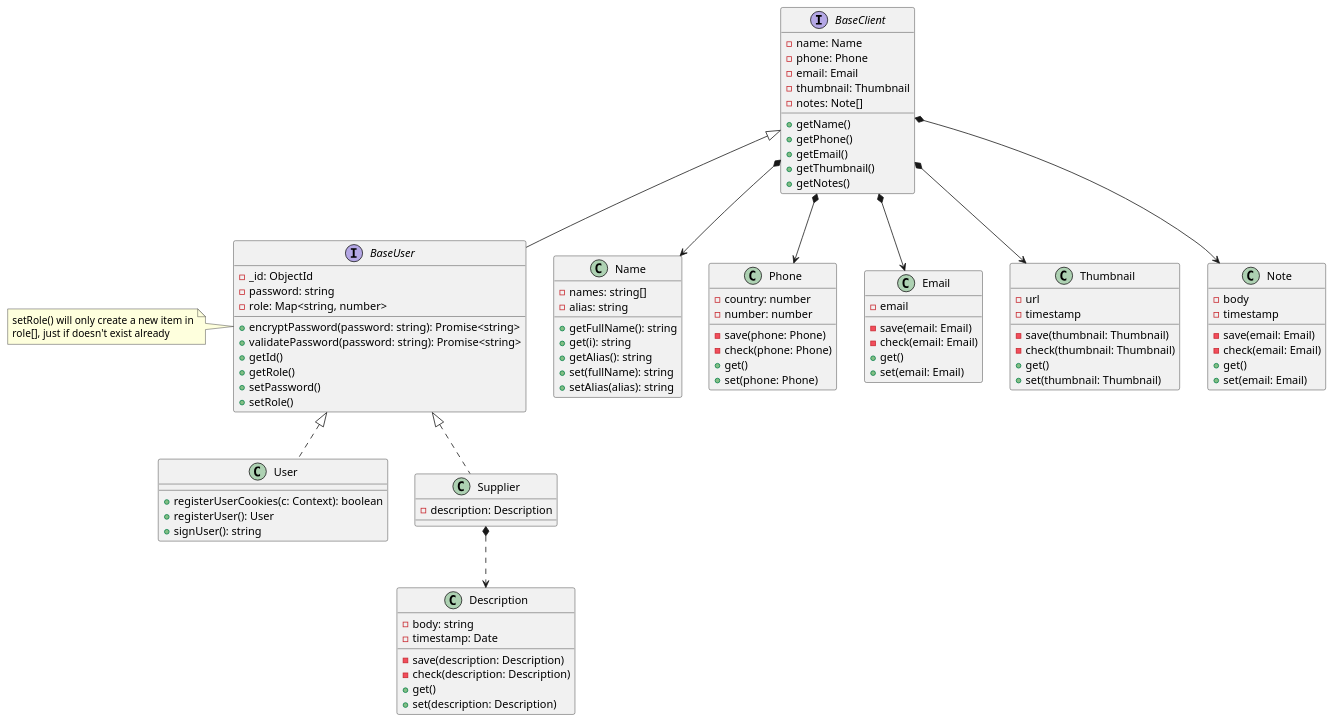
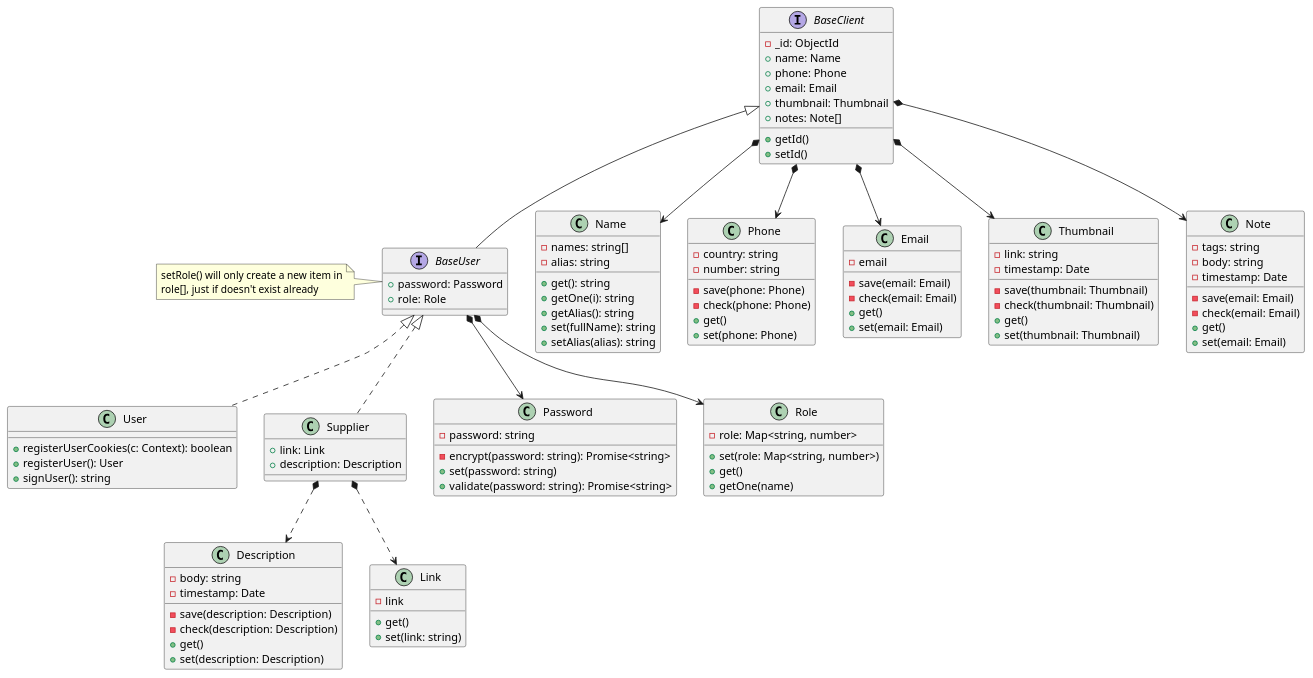
The diagram in back/uml/User.puml (Chiqui1234ok/lions-app), drawn with PlantUML before and after one commit.

Commit message:
maybe not final version, but Release Candidate? Sure ❤️

```diff
--- a/back/uml/User.puml
+++ b/back/uml/User.puml
@@ -1,109 +1,124 @@
 @startuml
 
 interface BaseClient {
-    - name: Name
-    - phone: Phone
-    - email: Email
-    - thumbnail: Thumbnail
-    - notes: Note[]
-    + getName()
-    + getPhone()
-    + getEmail()
-    + getThumbnail()
-    + getNotes()
+    - _id: ObjectId
+    + name: Name
+    + phone: Phone
+    + email: Email
+    + thumbnail: Thumbnail
+    + notes: Note[]
+    + getId()
+    + setId()
 }
 
 interface BaseUser extends BaseClient {
-    - _id: ObjectId
-    - password: string
-    - role: Map<string, number>
-    + encryptPassword(password: string): Promise<string>
-    + validatePassword(password: string): Promise<string>
-    + getId()
-    + getRole()
-    + setPassword()
-    + setRole()
+    + password: Password
+    + role: Role
 }
 
 class User implements BaseUser {
     + registerUserCookies(c: Context): boolean
     + registerUser(): User
     + signUser(): string
 }
 
 class Supplier implements BaseUser {
-    - description: Description
+    + link: Link
+    + description: Description
+}
+
+' :: TINY OBJECTS ::
+
+class Password {
+    - password: string
+    - encrypt(password: string): Promise<string>
+    + set(password: string)
+    + validate(password: string): Promise<string>
+}
+
+class Role {
+    - role: Map<string, number>
+    + set(role: Map<string, number>)
+    + get()
+    + getOne(name)
 }
 
 class Name {
     - names: string[]
     - alias: string
-    + getFullName(): string
-    + get(i): string
+    + get(): string
+    + getOne(i): string
     + getAlias(): string
     + set(fullName): string
     + setAlias(alias): string
 }
 
 class Phone {
-    - country: number
-    - number: number
+    - country: string
+    - number: string
     - save(phone: Phone)
     - check(phone: Phone)
     + get()
     + set(phone: Phone)
 }
-
 
 class Email {
     - email
     - save(email: Email)
     - check(email: Email)
     + get()
     + set(email: Email)
 }
 
 class Description {
     - body: string
     - timestamp: Date
     - save(description: Description)
     - check(description: Description)
     + get()
     + set(description: Description)
 }
 
-
 class Thumbnail {
-    - url
-    - timestamp
+    - link: string
+    - timestamp: Date
     - save(thumbnail: Thumbnail)
     - check(thumbnail: Thumbnail)
     + get()
     + set(thumbnail: Thumbnail)
 }
 
 class Note {
-    - body
-    - timestamp
+    - tags: string
+    - body: string
+    - timestamp: Date
     - save(email: Email)
     - check(email: Email)
     + get()
     + set(email: Email)
+}
+
+class Link {
+    - link
+    + get()
+    + set(link: string)
 }
 
 ' Composition
 BaseClient *--> Name
 BaseClient *--> Phone
 BaseClient *--> Email
 BaseClient *--> Thumbnail
 BaseClient *--> Note
+Supplier *..> Link
 Supplier *..> Description
-
+BaseUser *--> Password
+BaseUser *--> Role
 
 ' Notes
 note left of BaseUser 
 setRole() will only create a new item in
 role[], just if doesn't exist already
 endnote
 
 @enduml
```
